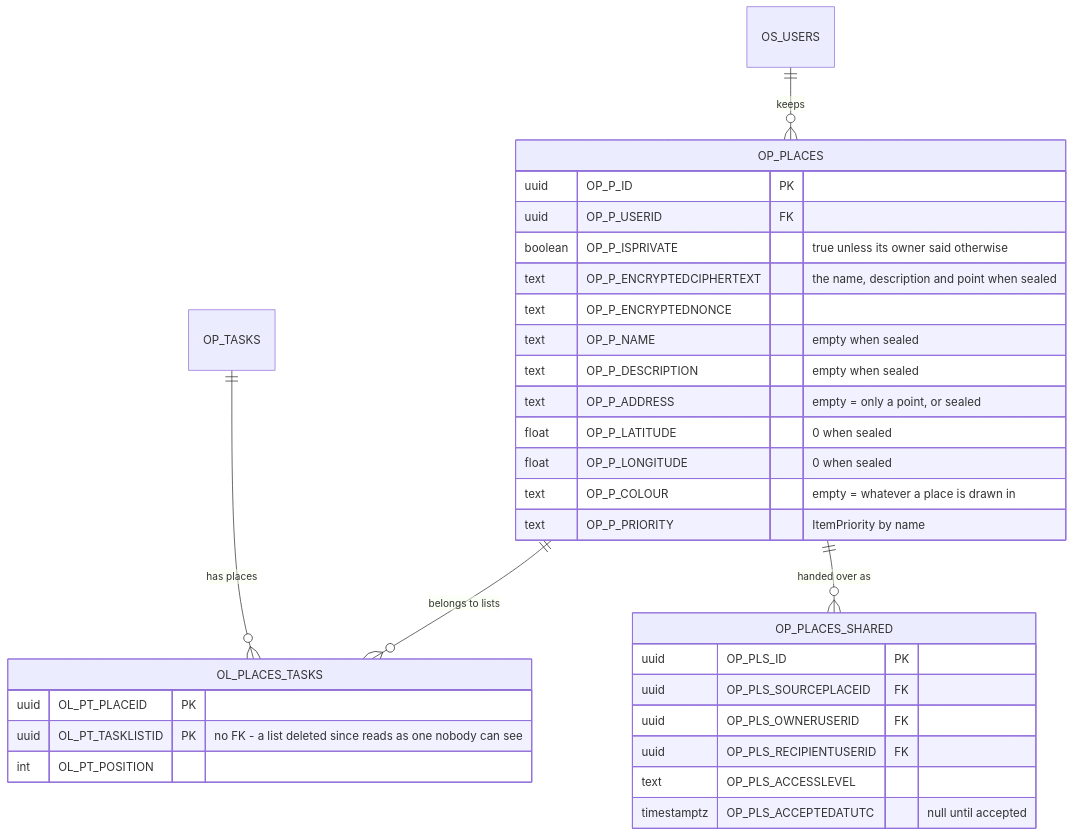
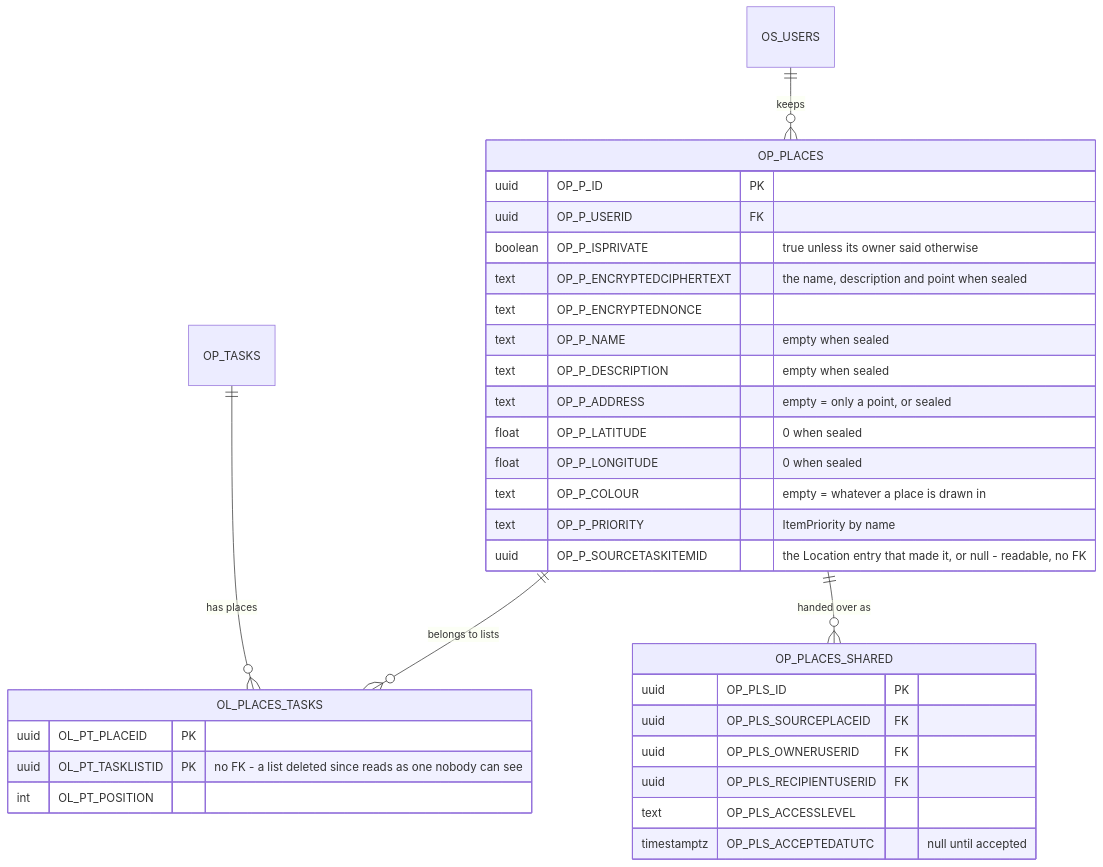
One commit to NorArax-NeflinOwl/orbit changed the fourth of 6 diagrams in info/uml/database.md. Above: the diagram before and after it, drawn with Mermaid. The commit also changed 27 other files, not shown here.

First line of the commit message:
[Server][Web] A Location entry keeps a place on the map

````diff
--- a/info/uml/database.md
+++ b/info/uml/database.md
@@ -244,35 +244,36 @@
 ```mermaid
 erDiagram
     OS_USERS ||--o{ OP_PLACES : keeps
     OP_PLACES ||--o{ OL_PLACES_TASKS : "belongs to lists"
     OP_TASKS ||--o{ OL_PLACES_TASKS : "has places"
     OP_PLACES ||--o{ OP_PLACES_SHARED : "handed over as"
 
     OP_PLACES {
         uuid OP_P_ID PK
         uuid OP_P_USERID FK
         boolean OP_P_ISPRIVATE "true unless its owner said otherwise"
         text OP_P_ENCRYPTEDCIPHERTEXT "the name, description and point when sealed"
         text OP_P_ENCRYPTEDNONCE
         text OP_P_NAME "empty when sealed"
         text OP_P_DESCRIPTION "empty when sealed"
         text OP_P_ADDRESS "empty = only a point, or sealed"
         float OP_P_LATITUDE "0 when sealed"
         float OP_P_LONGITUDE "0 when sealed"
         text OP_P_COLOUR "empty = whatever a place is drawn in"
         text OP_P_PRIORITY "ItemPriority by name"
+        uuid OP_P_SOURCETASKITEMID "the Location entry that made it, or null - readable, no FK"
     }
     OL_PLACES_TASKS {
         uuid OL_PT_PLACEID PK
         uuid OL_PT_TASKLISTID PK "no FK - a list deleted since reads as one nobody can see"
         int OL_PT_POSITION
     }
     OP_PLACES_SHARED {
         uuid OP_PLS_ID PK
         uuid OP_PLS_SOURCEPLACEID FK
         uuid OP_PLS_OWNERUSERID FK
         uuid OP_PLS_RECIPIENTUSERID FK
         text OP_PLS_ACCESSLEVEL
         timestamptz OP_PLS_ACCEPTEDATUTC "null until accepted"
     }
 ```
````
